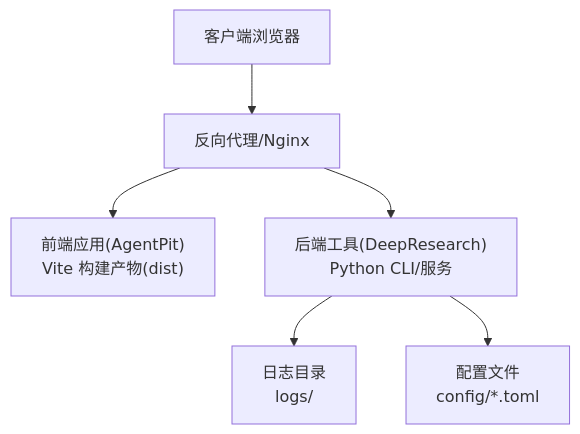
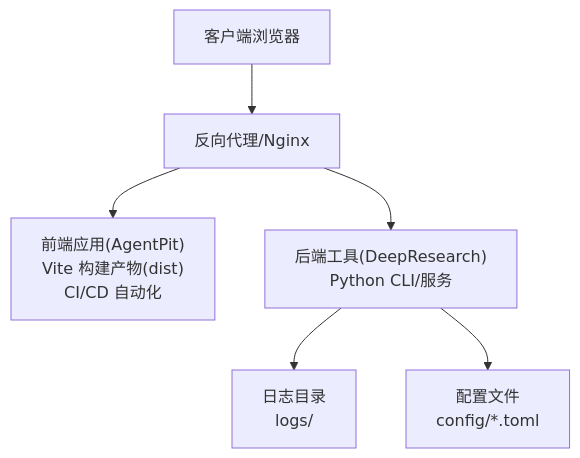
One commit to daoApps/daoApps changed the second of 7 diagrams in .qoder/repowiki/zh/content/部署与运维/部署与运维.md. Above: the diagram before and after it, drawn with Mermaid. The commit also changed other lines of this file and 7 other files, not shown here.

First line of the commit message:
docs(AgentPit): 更新文档以反映当前项目结构和技术栈调整

````diff
--- a/.qoder/repowiki/zh/content/部署与运维/部署与运维.md
+++ b/.qoder/repowiki/zh/content/部署与运维/部署与运维.md
@@ -75,8 +90,8 @@
 ```mermaid
 graph TB
 Client["客户端浏览器"] --> Nginx["反向代理/Nginx"]
-Nginx --> FE["前端应用(AgentPit)<br/>Vite 构建产物(dist)"]
+Nginx --> FE["前端应用(AgentPit)<br/>Vite 构建产物(dist)<br/>CI/CD 自动化"]
 Nginx --> BE["后端工具(DeepResearch)<br/>Python CLI/服务"]
 BE --> Logs["日志目录<br/>logs/"]
 BE --> Config["配置文件<br/>config/*.toml"]
 ```
````
